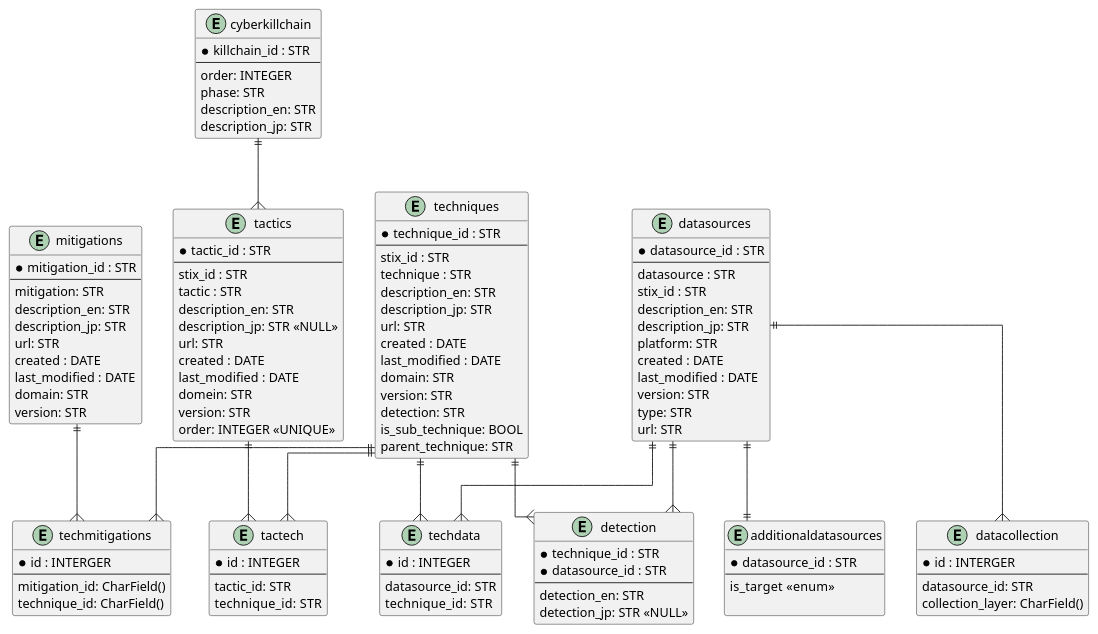
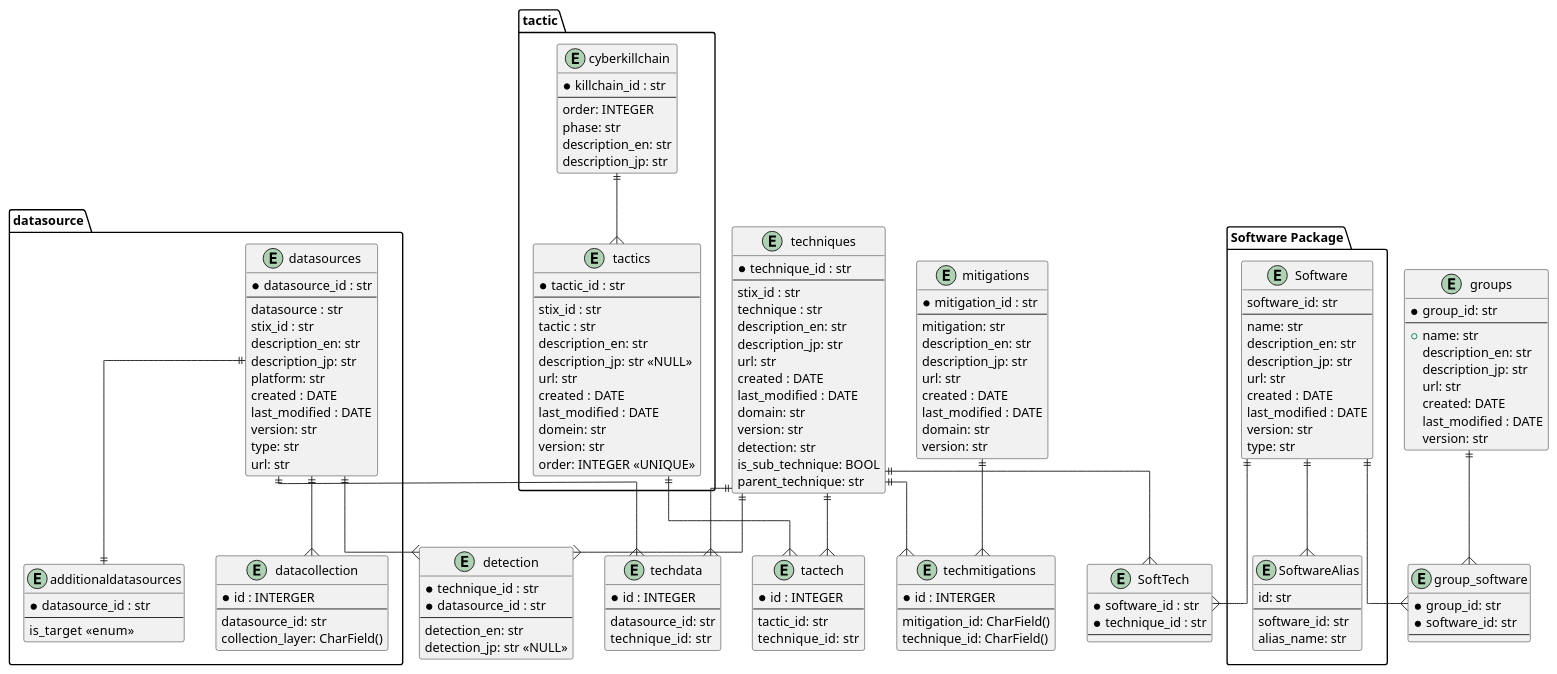
Before and after one commit to RyuichiHashimoto/attack-db: the diagram in uml/ER.puml, drawn with PlantUML.

Commit message:
アップ

```diff
--- a/uml/ER.puml
+++ b/uml/ER.puml
@@ -1,141 +1,200 @@
 @startuml
 skinparam linetype ortho
 
-entity tactics {
-  * tactic_id : STR
-  ---
-  stix_id : STR
-  tactic : STR
-  description_en: STR
-  description_jp: STR <<NULL>>
-  url: STR
-  created : DATE 
-  last_modified : DATE
-  domein: STR 
-  version: STR
-  order: INTEGER <<UNIQUE>>
+package "tactic" {
+
+  entity tactics {
+    * tactic_id : str
+    ---
+    stix_id : str
+    tactic : str
+    description_en: str
+    description_jp: str <<NULL>>
+    url: str
+    created : DATE 
+    last_modified : DATE
+    domein: str 
+    version: str
+    order: INTEGER <<UNIQUE>>
+  }
+
+  entity cyberkillchain {
+    * killchain_id : str
+    ---
+    order: INTEGER
+    phase: str
+    description_en: str
+    description_jp: str
+  }
+}
+
+package "datasource" {
+  entity datasources {
+    * datasource_id : str
+    ---
+    datasource : str
+    stix_id : str
+    description_en: str
+    description_jp: str
+    platform: str
+    created : DATE
+    last_modified : DATE
+    version: str
+    type: str
+    url: str
+  }
+
+  entity additionaldatasources {
+    * datasource_id : str
+    ---
+    ' # 0 使用しない、１　使用するかも　２　使用する。
+    is_target  <<enum>>   
+  }
+
+  entity datacollection{
+    * id : INTERGER
+    ---
+    datasource_id: str
+    collection_layer: CharField()
+  }
 }
 
 
 entity tactech {
   * id : INTEGER
   ---
-  tactic_id: STR
-  technique_id:  STR
+  tactic_id: str
+  technique_id:  str
 }
 
 entity techniques {
-  * technique_id : STR
+  * technique_id : str
   ---
-  stix_id : STR
-  technique : STR
-  description_en: STR
-  description_jp: STR
-  url: STR
+  stix_id : str
+  technique : str
+  description_en: str
+  description_jp: str
+  url: str
   created : DATE
   last_modified : DATE
-  domain: STR
-  version: STR
-  detection: STR
+  domain: str
+  version: str
+  detection: str
   is_sub_technique: BOOL
-  parent_technique: STR
+  parent_technique: str
 }
 
 entity techdata {
   * id : INTEGER
   ---
-  datasource_id: STR
-  technique_id:  STR
+  datasource_id: str
+  technique_id:  str
 }
 
-entity datasources {
-  * datasource_id : STR
+package "Software Package" {
+  entity Software{
+    software_id: str
+    ---
+    name: str
+    description_en: str
+    description_jp: str
+    url: str
+    created : DATE
+    last_modified : DATE
+    ' domain
+    version: str
+    ' platforms
+    type: str
+  }
+
+  entity SoftwareAlias {
+    id: str
+    ---
+    software_id: str
+    alias_name: str
+  }
+}
+entity SoftTech {
+  * software_id : str
+  * technique_id : str
   ---
-  datasource : STR
-  stix_id : STR
-  description_en: STR
-  description_jp: STR
-  platform: STR
+}
+
+entity mitigations {
+  * mitigation_id : str
+  ---
+  mitigation: str
+  description_en: str
+  description_jp: str
+  url: str
   created : DATE
   last_modified : DATE
-  version: STR
-  type: STR
-  url: STR
+  domain: str
+  version: str
 }
 
-entity additionaldatasources {
-  * datasource_id : STR
+entity groups {
+  * group_id: str
   ---
-  ' # 0 使用しない、１　使用するかも　２　使用する。
-  is_target  <<enum>> 
-  
+  + name: str
+  description_en: str
+  description_jp: str
+  url: str
+  created: DATE
+  last_modified : DATE
+  ' domain: STR
+  version: str  
 }
 
-entity cyberkillchain {
-  * killchain_id : STR
+entity group_software{
+  * group_id: str
+  * software_id: str
   ---
-  order: INTEGER
-  phase: STR
-  description_en: STR
-  description_jp: STR
 }
 
-
-entity mitigations {
-  * mitigation_id : STR
-  ---
-  mitigation: STR
-  description_en: STR
-  description_jp: STR
-  url: STR
-  created : DATE
-  last_modified : DATE
-  domain: STR
-  version: STR
-}
-
-entity datacollection{
-  * id : INTERGER
-  ---
-  datasource_id: STR
-  collection_layer: CharField()
-}
 
 entity techmitigations{
   * id : INTERGER
   ---
   mitigation_id: CharField()
   technique_id: CharField()
 }
 
 entity detection{
-  * technique_id : STR
-  * datasource_id : STR
+  * technique_id : str
+  * datasource_id : str
   ---
-  detection_en: STR
-  detection_jp: STR <<NULL>>
+  detection_en: str
+  detection_jp: str <<NULL>>
 }
 
 
+groups ||--{ group_software
+Software ||--{ group_software
+
+Software ||--{ SoftTech
+techniques ||--{ SoftTech
+
+Software ||--{ SoftwareAlias
 
 tactics ||--{ tactech
 
 techniques ||--{ tactech
 techniques ||--{ techdata
 datasources ||--{ techdata
 
 datasources ||--{ datacollection
 datasources ||--|| additionaldatasources
 
 techniques ||--{ techmitigations
 mitigations ||--{ techmitigations
 
 techniques ||--{ detection
 datasources ||--{ detection
 
 
 cyberkillchain ||--{ tactics
 
 ' techniques || 
 
 @enduml
```
